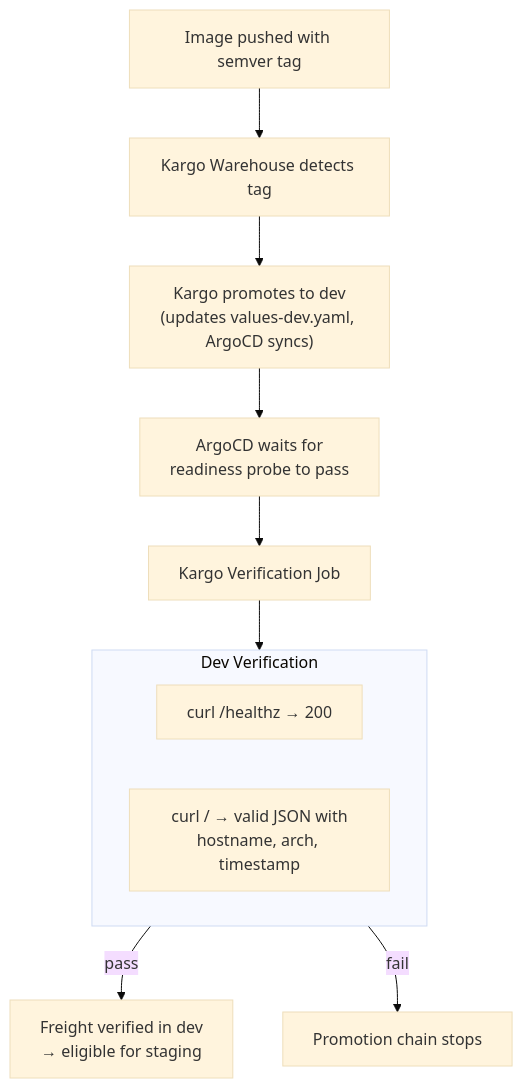
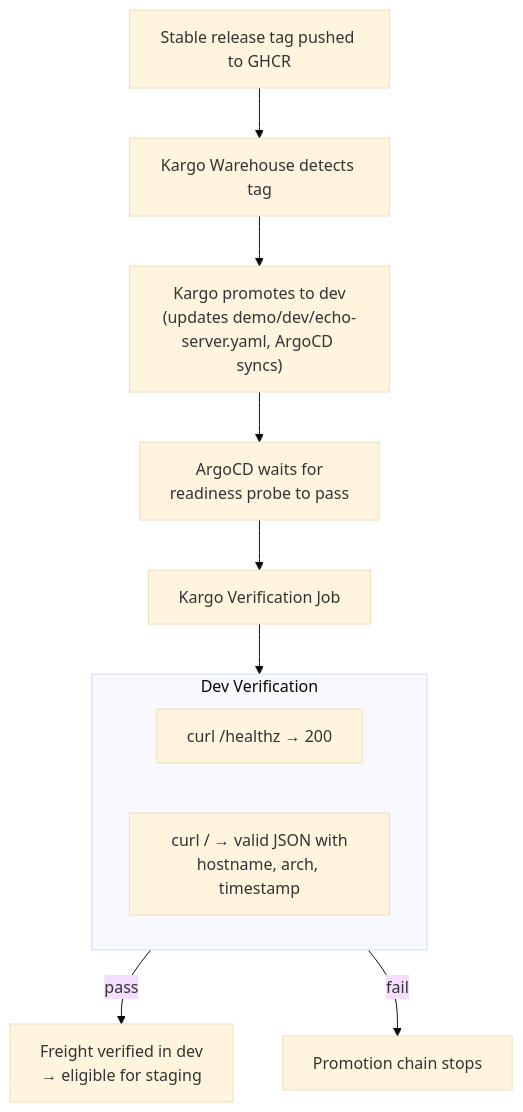
The second of 5 diagrams in docs/infra/validation-and-e2e-strategy.md (AaronRoethe/homelab), drawn with Mermaid (base theme) before and after one commit. The commit also changed other lines of this file and 14 other files, not shown here.

````diff
--- a/docs/infra/validation-and-e2e-strategy.md
+++ b/docs/infra/validation-and-e2e-strategy.md
@@ -59,16 +59,16 @@
 ```mermaid
 flowchart TD
-    push["Image pushed with semver tag"] --> warehouse["Kargo Warehouse detects tag"]
-    warehouse --> promote["Kargo promotes to dev<br/>(updates values-dev.yaml, ArgoCD syncs)"]
+    push["Stable release tag pushed to GHCR"] --> warehouse["Kargo Warehouse detects tag"]
+    warehouse --> promote["Kargo promotes to dev<br/>(updates demo/dev/echo-server.yaml, ArgoCD syncs)"]
     promote --> argocd["ArgoCD waits for<br/>readiness probe to pass"]
     argocd --> verify["Kargo Verification Job"]
 
     subgraph verify_steps["Dev Verification"]
         health_check["curl /healthz → 200"]
         echo_check["curl / → valid JSON with<br/>hostname, arch, timestamp"]
     end
 
     verify --> verify_steps
     verify_steps -->|"pass"| verified["Freight verified in dev<br/>→ eligible for staging"]
     verify_steps -->|"fail"| blocked["Promotion chain stops"]
 ```
````
